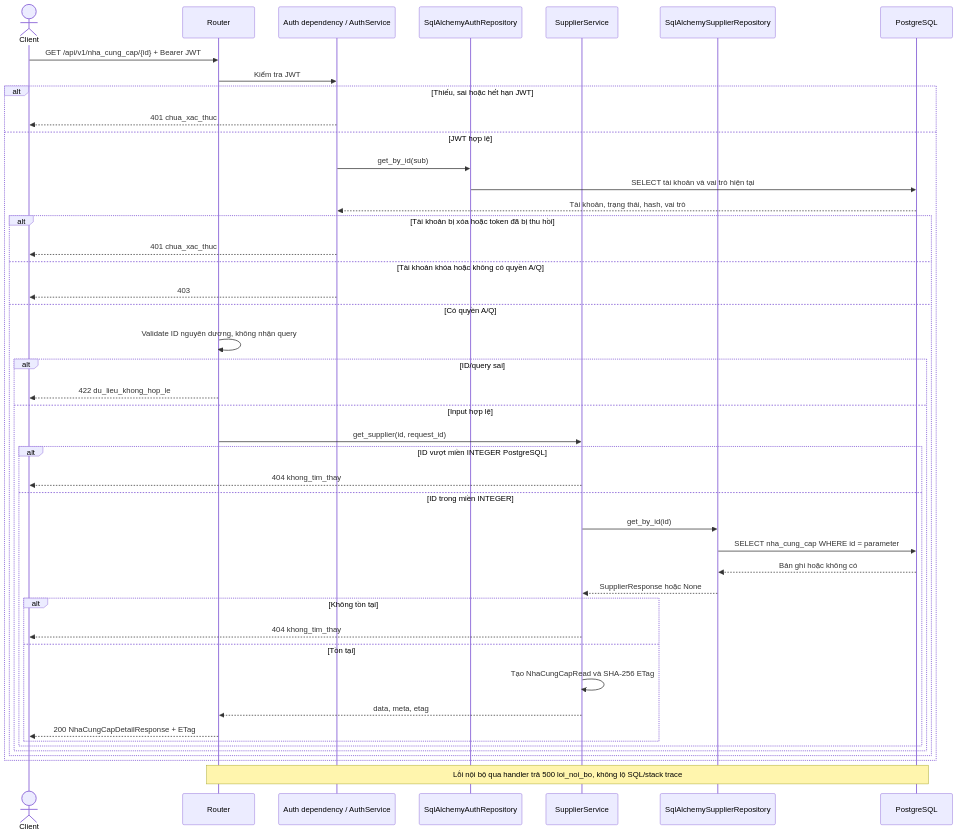
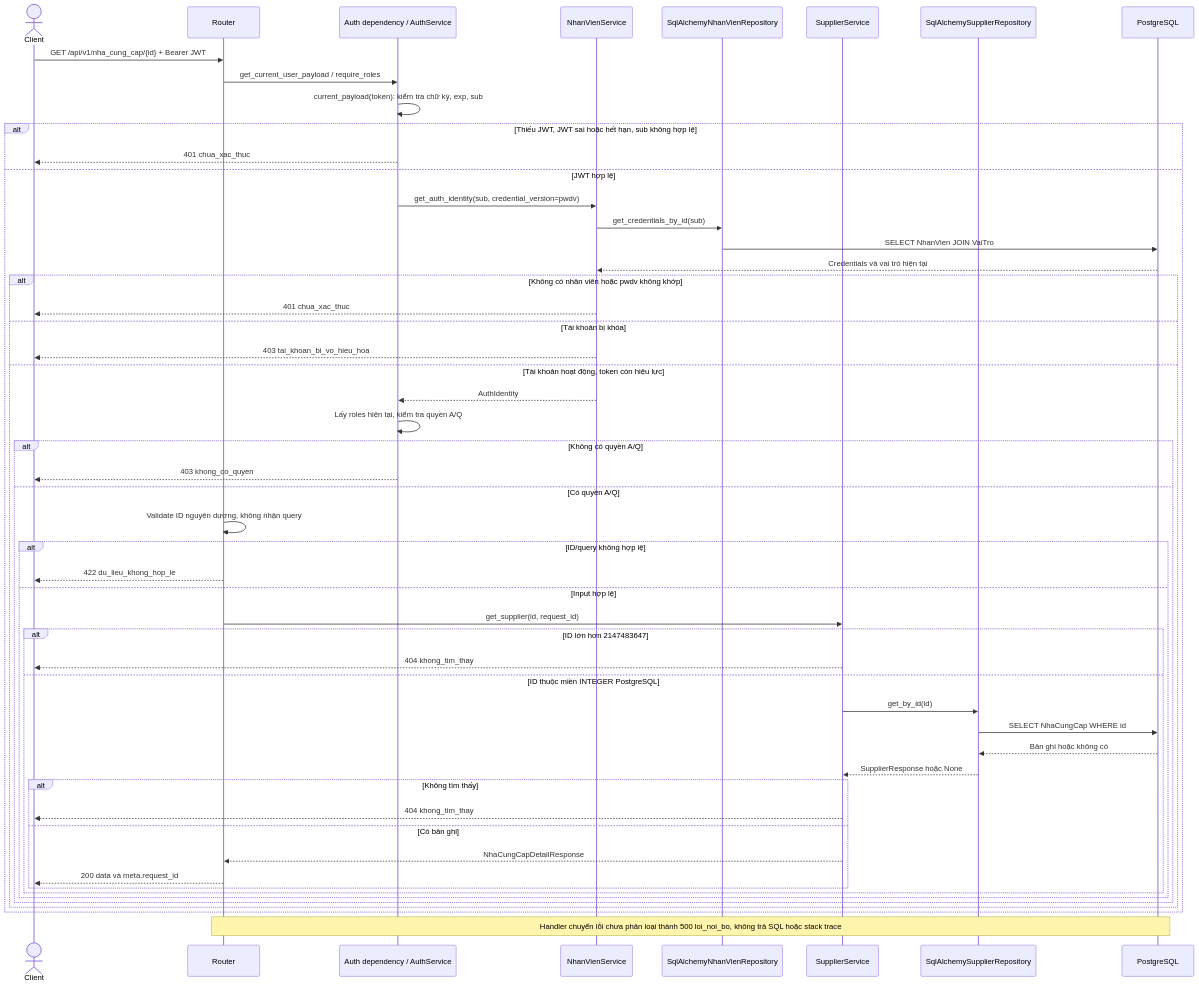
Before and after one commit to thanhklt/xbike-mrp-system: the second of 3 diagrams in docs/sequence/nha_cung_cap.md, drawn with Mermaid. The commit also changed other lines of this file and 3 other files, not shown here.

````diff
--- a/docs/sequence/nha_cung_cap.md
+++ b/docs/sequence/nha_cung_cap.md
@@ -66,47 +82,55 @@
 ```mermaid
 sequenceDiagram
     actor Client
     participant Router
     participant Auth as Auth dependency / AuthService
-    participant AuthRepo as SqlAlchemyAuthRepository
+    participant Employees as NhanVienService
+    participant EmployeeRepo as SqlAlchemyNhanVienRepository
     participant Service as SupplierService
     participant Repo as SqlAlchemySupplierRepository
     participant DB as PostgreSQL
     Client->>Router: GET /api/v1/nha_cung_cap/{id} + Bearer JWT
-    Router->>Auth: Kiểm tra JWT
-    alt Thiếu, sai hoặc hết hạn JWT
+    Router->>Auth: get_current_user_payload / require_roles
+    Auth->>Auth: current_payload(token): kiểm tra chữ ký, exp, sub
+    alt Thiếu JWT, JWT sai hoặc hết hạn, sub không hợp lệ
         Auth-->>Client: 401 chua_xac_thuc
     else JWT hợp lệ
-        Auth->>AuthRepo: get_by_id(sub)
-        AuthRepo->>DB: SELECT tài khoản và vai trò hiện tại
-        DB-->>Auth: Tài khoản, trạng thái, hash, vai trò
-        alt Tài khoản bị xóa hoặc token đã bị thu hồi
-            Auth-->>Client: 401 chua_xac_thuc
-        else Tài khoản khóa hoặc không có quyền A/Q
-            Auth-->>Client: 403
-        else Có quyền A/Q
-            Router->>Router: Validate ID nguyên dương, không nhận query
-            alt ID/query sai
-                Router-->>Client: 422 du_lieu_khong_hop_le
-            else Input hợp lệ
-                Router->>Service: get_supplier(id, request_id)
-                alt ID vượt miền INTEGER PostgreSQL
-                    Service-->>Client: 404 khong_tim_thay
-                else ID trong miền INTEGER
-                    Service->>Repo: get_by_id(id)
-                    Repo->>DB: SELECT nha_cung_cap WHERE id = parameter
-                    DB-->>Repo: Bản ghi hoặc không có
-                    Repo-->>Service: SupplierResponse hoặc None
-                    alt Không tồn tại
+        Auth->>Employees: get_auth_identity(sub, credential_version=pwdv)
+        Employees->>EmployeeRepo: get_credentials_by_id(sub)
+        EmployeeRepo->>DB: SELECT NhanVien JOIN VaiTro
+        DB-->>Employees: Credentials và vai trò hiện tại
+        alt Không có nhân viên hoặc pwdv không khớp
+            Employees-->>Client: 401 chua_xac_thuc
+        else Tài khoản bị khóa
+            Employees-->>Client: 403 tai_khoan_bi_vo_hieu_hoa
+        else Tài khoản hoạt động, token còn hiệu lực
+            Employees-->>Auth: AuthIdentity
+            Auth->>Auth: Lấy roles hiện tại, kiểm tra quyền A/Q
+            alt Không có quyền A/Q
+                Auth-->>Client: 403 khong_co_quyen
+            else Có quyền A/Q
+                Router->>Router: Validate ID nguyên dương, không nhận query
+                alt ID/query không hợp lệ
+                    Router-->>Client: 422 du_lieu_khong_hop_le
+                else Input hợp lệ
+                    Router->>Service: get_supplier(id, request_id)
+                    alt ID lớn hơn 2147483647
                         Service-->>Client: 404 khong_tim_thay
-                    else Tồn tại
-                        Service->>Service: Tạo NhaCungCapRead và SHA-256 ETag
-                        Service-->>Router: data, meta, etag
-                        Router-->>Client: 200 NhaCungCapDetailResponse + ETag
+                    else ID thuộc miền INTEGER PostgreSQL
+                        Service->>Repo: get_by_id(id)
+                        Repo->>DB: SELECT NhaCungCap WHERE id
+                        DB-->>Repo: Bản ghi hoặc không có
+                        Repo-->>Service: SupplierResponse hoặc None
+                        alt Không tìm thấy
+                            Service-->>Client: 404 khong_tim_thay
+                        else Có bản ghi
+                            Service-->>Router: NhaCungCapDetailResponse
+                            Router-->>Client: 200 data và meta.request_id
+                        end
                     end
                 end
             end
         end
     end
-    Note over Router,DB: Lỗi nội bộ qua handler trả 500 loi_noi_bo, không lộ SQL/stack trace
+    Note over Router,DB: Handler chuyển lỗi chưa phân loại thành 500 loi_noi_bo, không trả SQL hoặc stack trace
 ```
````
